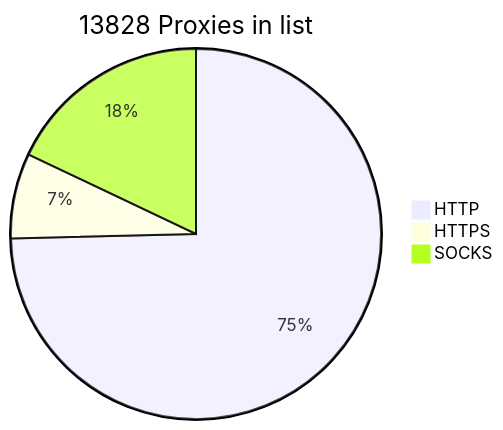
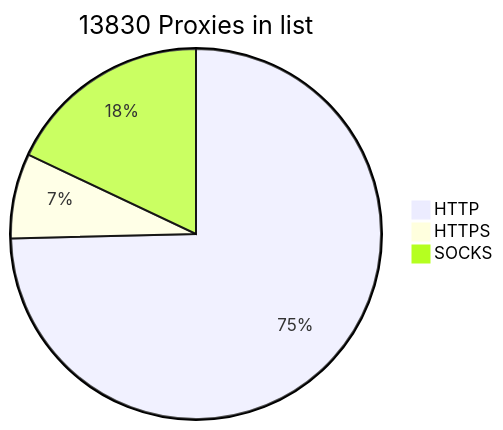
Before and after one commit to BlackSnowDot/proxylist-update-every-minute: the diagram in README.md, drawn with Mermaid.

````diff
--- a/README.md
+++ b/README.md
@@ -2,6 +2,6 @@
 ```mermaid
-pie title 13828 Proxies in list
+pie title 13830 Proxies in list
     "HTTP" : 10511
     "HTTPS": 1047
-    "SOCKS" : 2528
+    "SOCKS" : 2530
 ```
````
